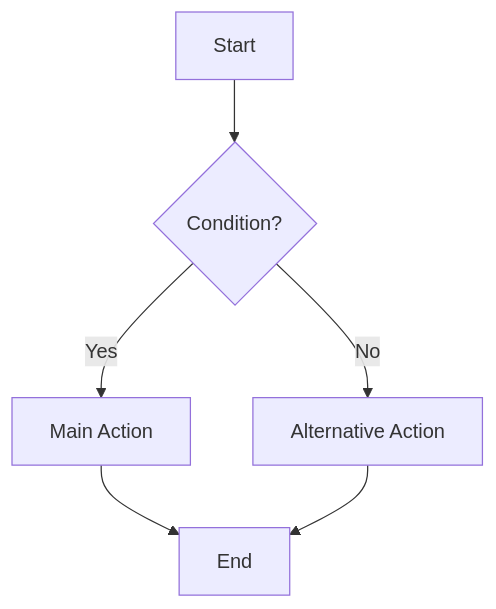
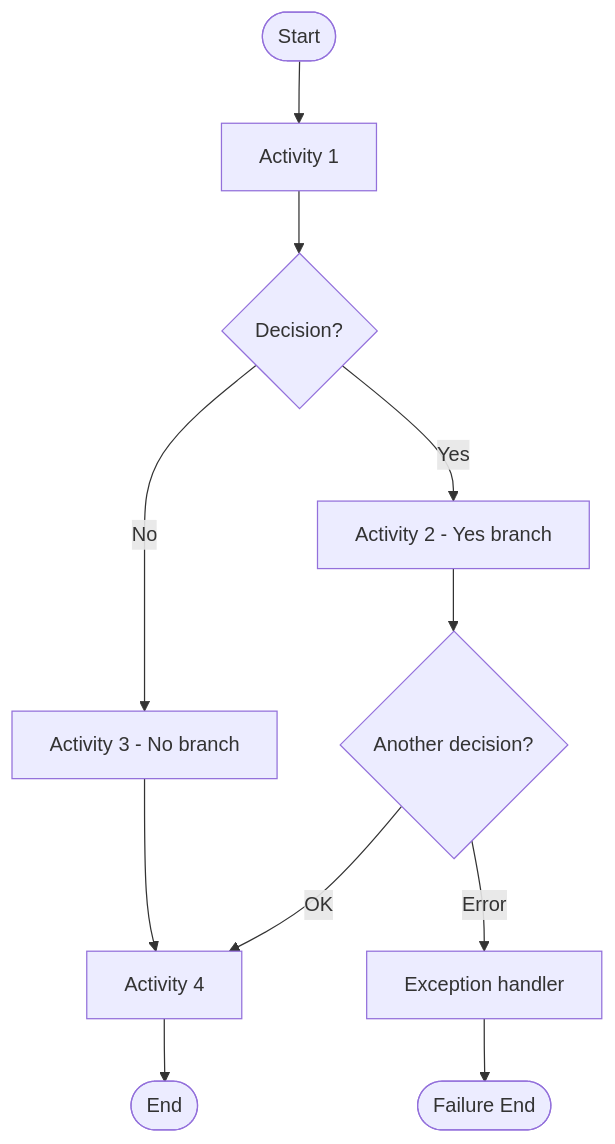
The diagram in templates/mermaid/activity-flow.mmd (ttl2075-stu/system-analysis-uml-skill), drawn with Mermaid before and after one commit. The commit also changed 70 other files, not shown here.

Commit message:
feat(skill): replace system analysis uml skill source

```diff
--- a/templates/mermaid/activity-flow.mmd
+++ b/templates/mermaid/activity-flow.mmd
@@ -1,6 +1,19 @@
+%% Activity Diagram - Mermaid flowchart
+%% Convention:
+%%   - Initial node: ([Start])
+%%   - Final node: ([End])
+%%   - Activity: [Action description]
+%%   - Decision: {Condition?}
+%%   - Fork/Join: thanh ngang (Mermaid không có chuẩn, dùng nhãn)
+
 flowchart TD
-  A[Start] --> B{Condition?}
-  B -- Yes --> C[Main Action]
-  B -- No --> D[Alternative Action]
-  C --> E[End]
-  D --> E
+  Start([Start]) --> A[Activity 1]
+  A --> B{Decision?}
+  B -- Yes --> C[Activity 2 - Yes branch]
+  B -- No --> D[Activity 3 - No branch]
+  C --> E{Another decision?}
+  E -- OK --> F[Activity 4]
+  E -- Error --> G[Exception handler]
+  D --> F
+  F --> End([End])
+  G --> End2([Failure End])
```
